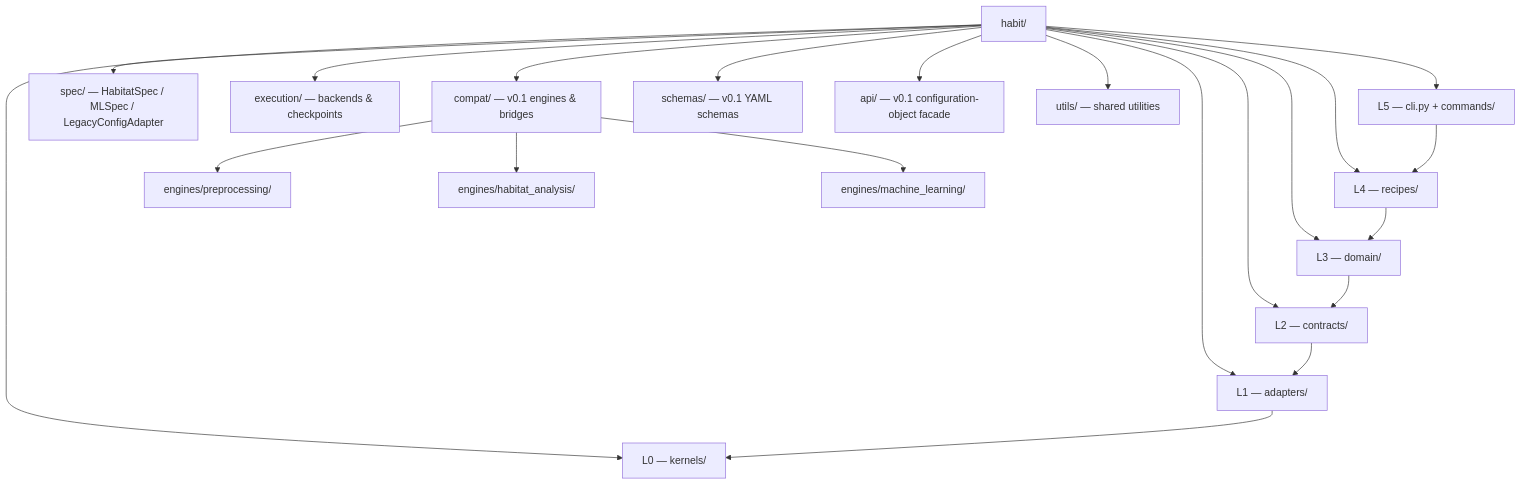
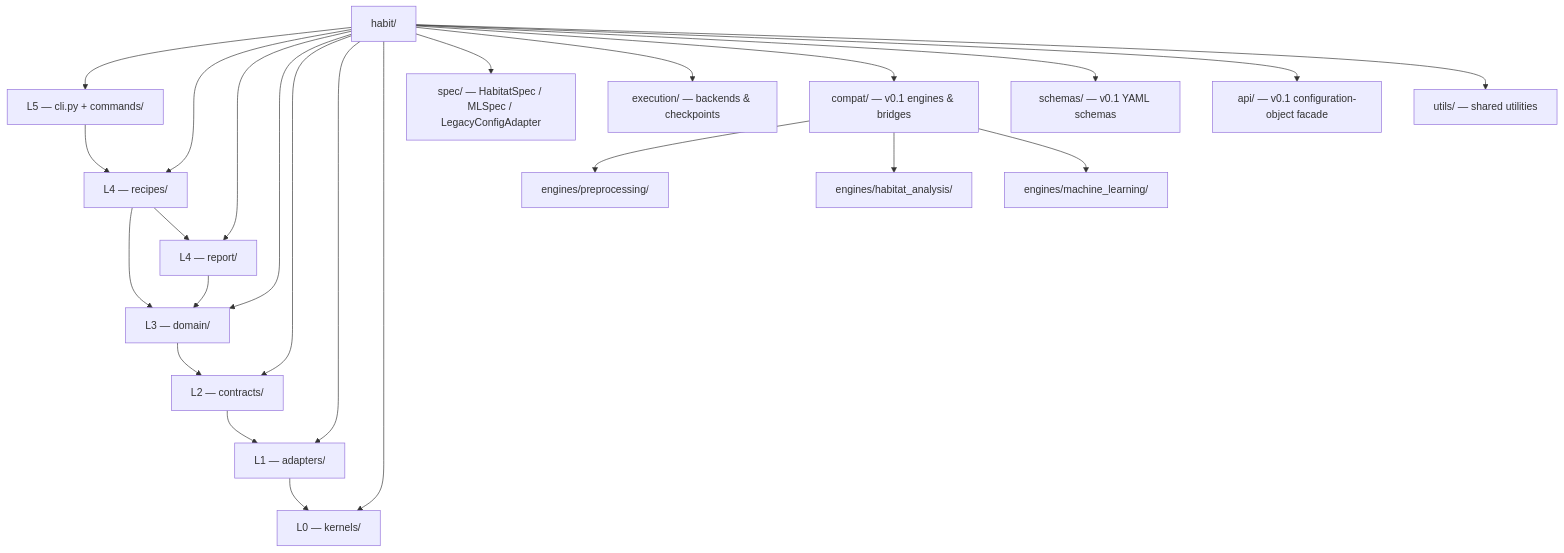
Before and after one commit to lichao312214129/HABIT: the first of 2 diagrams in docs/source/development/repo_layout.rst, drawn with Mermaid. The commit also changed other lines of this file and 30 other files, not shown here.

First line of the commit message:
Add Report streaming for one-step studies, with by-subject figure layout and graph atoms.

```diff
--- a/docs/source/development/repo_layout.rst
+++ b/docs/source/development/repo_layout.rst
@@ -43,23 +41,26 @@
 .. mermaid::
 
    flowchart TD
      ROOT["habit/"]
      ROOT --> L5["L5 — cli.py + commands/"]
      ROOT --> L4["L4 — recipes/"]
+     ROOT --> REPORT["L4 — report/"]
      ROOT --> L3["L3 — domain/"]
      ROOT --> L2["L2 — contracts/"]
      ROOT --> L1["L1 — adapters/"]
      ROOT --> L0["L0 — kernels/"]
      ROOT --> SPEC["spec/ — HabitatSpec / MLSpec / LegacyConfigAdapter"]
      ROOT --> EXEC["execution/ — backends & checkpoints"]
      ROOT --> ENG["compat/ — v0.1 engines & bridges"]
      ROOT --> SCH["schemas/ — v0.1 YAML schemas"]
      ROOT --> API["api/ — v0.1 configuration-object facade"]
      ROOT --> UTILS["utils/ — shared utilities"]
 
      ENG --> PRE["engines/preprocessing/"]
      ENG --> HAB["engines/habitat_analysis/"]
      ENG --> MLC["engines/machine_learning/"]
 
      L5 --> L4
      L4 --> L3 --> L2 --> L1 --> L0
+     REPORT --> L3
+     L4 --> REPORT
```
